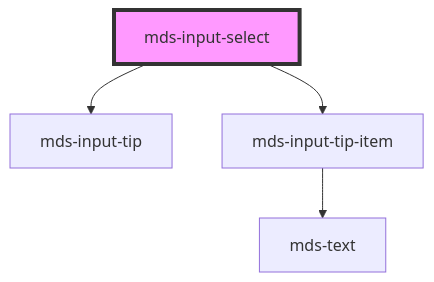
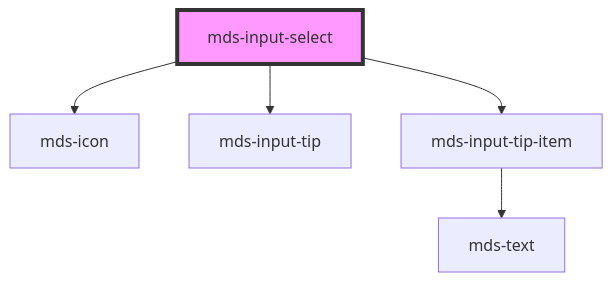
Before and after one commit to magma-design-system/magma: the diagram in projects/stencil/src/components/mds-input-select/readme.md, drawn with Mermaid. The commit also changed other lines of this file and 6 other files, not shown here.

First line of the commit message:
fix(mds-input-select): draw the arrow the way mds-input-date draws its icon

````diff
--- a/projects/stencil/src/components/mds-input-select/readme.md
+++ b/projects/stencil/src/components/mds-input-select/readme.md
@@ -422,7 +423,8 @@
 ```mermaid
 graph TD;
+  mds-input-select --> mds-icon
   mds-input-select --> mds-input-tip
   mds-input-select --> mds-input-tip-item
   mds-input-tip-item --> mds-text
   style mds-input-select fill:#f9f,stroke:#333,stroke-width:4px
 ```
````
